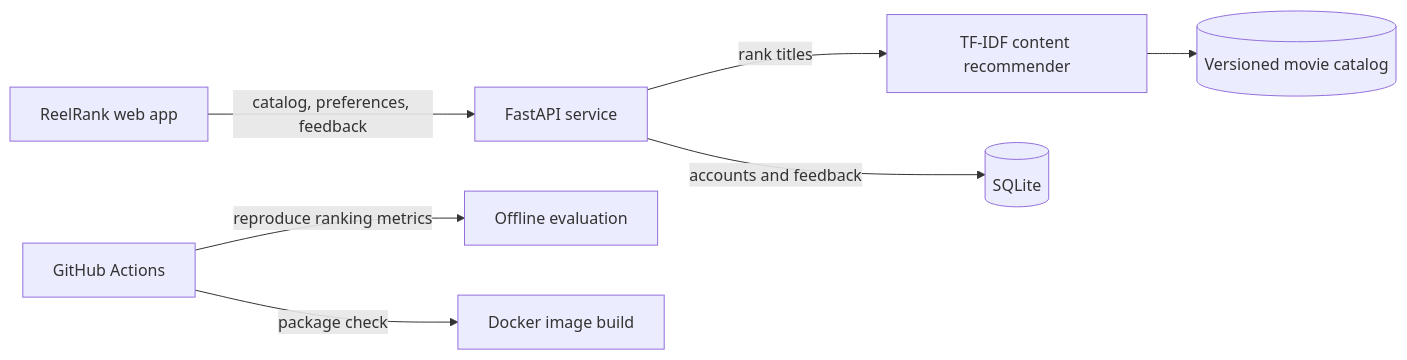
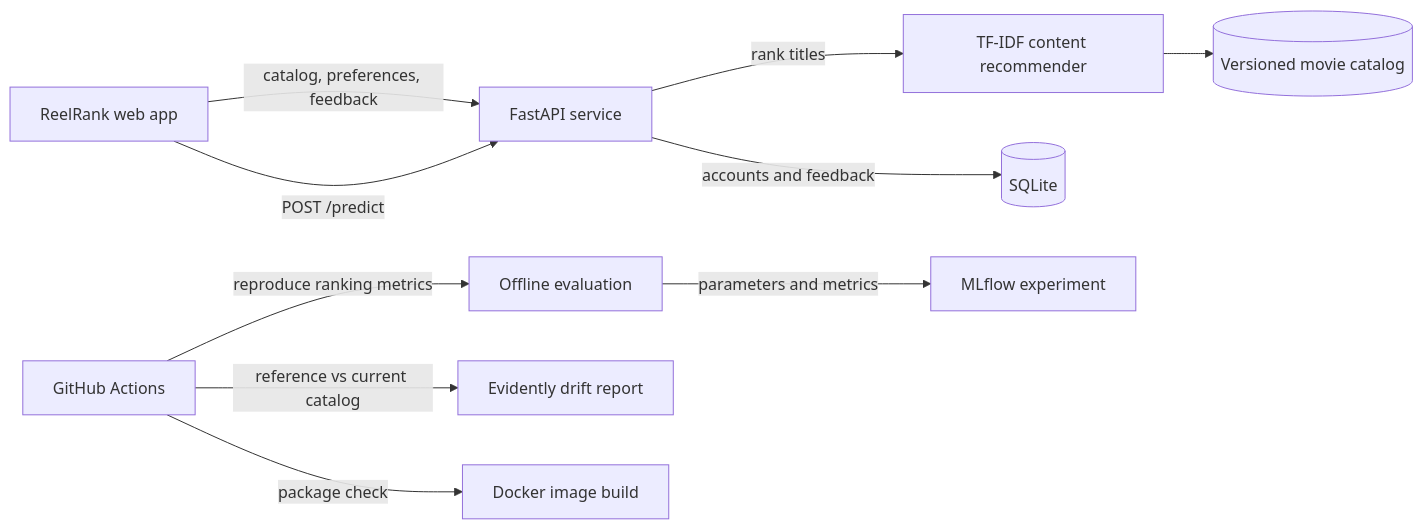
Before and after one commit to sanyreddy1122-lab/reelrank-movie-recommender: the diagram in PROJECT_REPORT.md, drawn with Mermaid. The commit also changed other lines of this file and 14 other files, not shown here.

Commit message:
Add MLflow tracking, drift reports, and predict API

````diff
--- a/PROJECT_REPORT.md
+++ b/PROJECT_REPORT.md
@@ -31,9 +32,12 @@
 ```mermaid
 flowchart LR
     Browser[ReelRank web app] -->|catalog, preferences, feedback| API[FastAPI service]
     API -->|rank titles| Model[TF-IDF content recommender]
     Model --> Catalog[(Versioned movie catalog)]
     API -->|accounts and feedback| DB[(SQLite)]
     Actions[GitHub Actions] -->|reproduce ranking metrics| Eval[Offline evaluation]
+    Eval -->|parameters and metrics| MLflow[MLflow experiment]
+    Actions -->|reference vs current catalog| Drift[Evidently drift report]
+    Browser -->|POST /predict| API
     Actions -->|package check| Docker[Docker image build]
 ```
````
